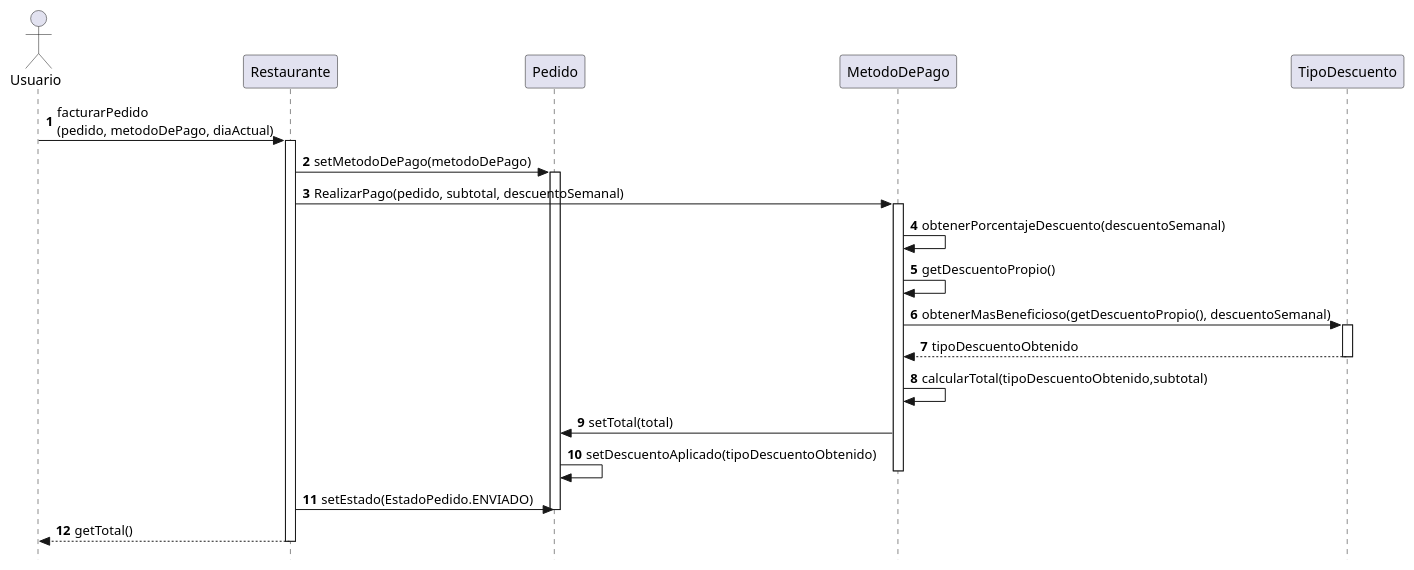
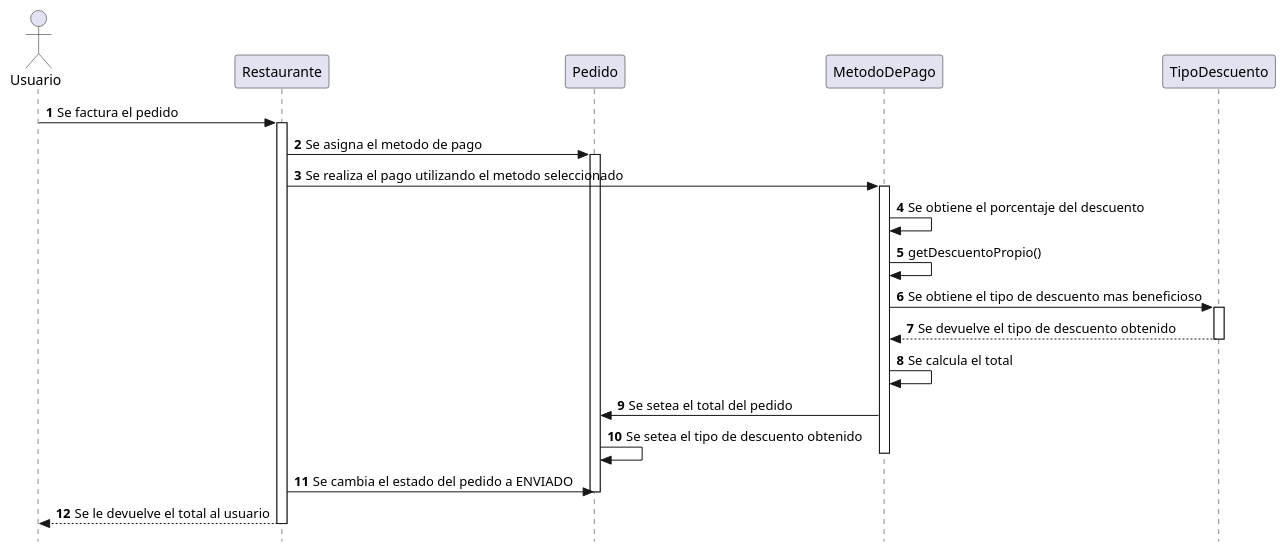
The diagram in diagramas/FacturarPedido.puml (mdtortorelli/tp-progra2-grupo9), drawn with PlantUML before and after one commit. The commit also changed 1 other file, not shown here.

Commit message:
Actualizacion de diagramas de secuencia

```diff
--- a/diagramas/FacturarPedido.puml
+++ b/diagramas/FacturarPedido.puml
@@ -1,36 +1,36 @@
 @startuml 'Facturar Pedido'
 skinparam style strictuml
 autonumber
 
 actor Usuario
 participant "Restaurante" as Restaurante
 participant "Pedido" as Pedido
 participant "MetodoDePago" as MetodoDePago
 
 participant "TipoDescuento" as TipoDesc
 
-Usuario -> Restaurante: facturarPedido\n(pedido, metodoDePago, diaActual) 
+Usuario -> Restaurante: Se factura el pedido
 activate Restaurante
-Restaurante -> Pedido: setMetodoDePago(metodoDePago)
+Restaurante -> Pedido: Se asigna el metodo de pago
 activate Pedido
 
 
-Restaurante -> MetodoDePago: RealizarPago(pedido, subtotal, descuentoSemanal)
+Restaurante -> MetodoDePago: Se realiza el pago utilizando el metodo seleccionado
 activate MetodoDePago
-MetodoDePago -> MetodoDePago: obtenerPorcentajeDescuento(descuentoSemanal)
+MetodoDePago -> MetodoDePago: Se obtiene el porcentaje del descuento
 MetodoDePago -> MetodoDePago: getDescuentoPropio()
-MetodoDePago -> TipoDesc : obtenerMasBeneficioso(getDescuentoPropio(), descuentoSemanal)
+MetodoDePago -> TipoDesc : Se obtiene el tipo de descuento mas beneficioso
 activate TipoDesc
-TipoDesc --> MetodoDePago: tipoDescuentoObtenido
+TipoDesc --> MetodoDePago: Se devuelve el tipo de descuento obtenido
 deactivate TipoDesc
 
-MetodoDePago -> MetodoDePago: calcularTotal(tipoDescuentoObtenido,subtotal)
-MetodoDePago -> Pedido: setTotal(total)
-Pedido -> Pedido: setDescuentoAplicado(tipoDescuentoObtenido)
+MetodoDePago -> MetodoDePago: Se calcula el total 
+MetodoDePago -> Pedido: Se setea el total del pedido
+Pedido -> Pedido: Se setea el tipo de descuento obtenido
 deactivate MetodoDePago
-Restaurante -> Pedido: setEstado(EstadoPedido.ENVIADO)
+Restaurante -> Pedido: Se cambia el estado del pedido a ENVIADO
 deactivate Pedido
-Restaurante --> Usuario: getTotal()
+Restaurante --> Usuario: Se le devuelve el total al usuario
 deactivate Restaurante
 
 @enduml
```
